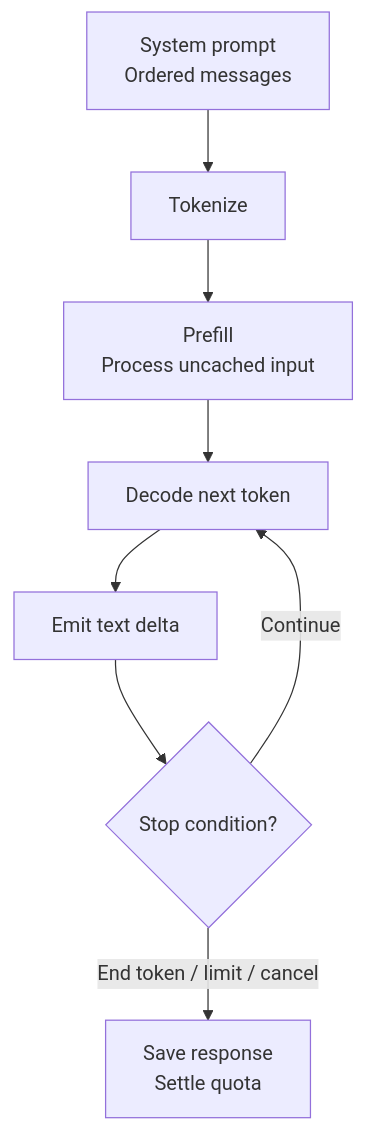
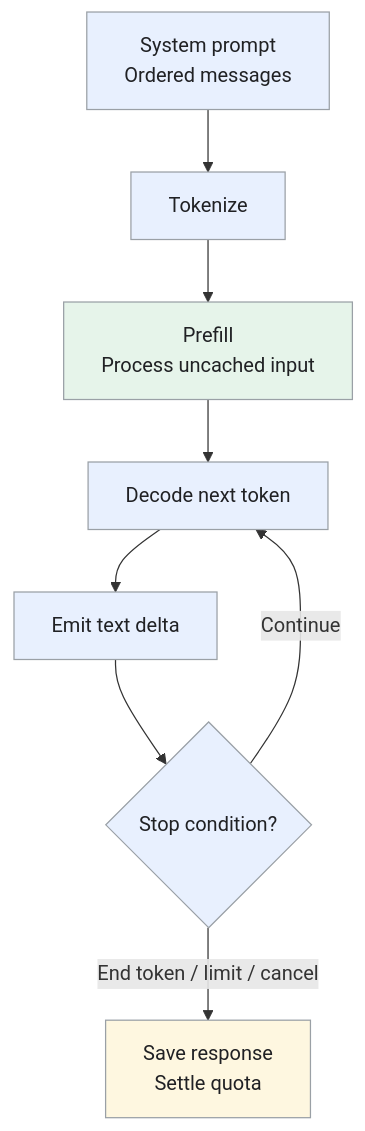
One commit to iliazlobin/iliazlobin.github.io changed the third of 4 diagrams in _designs/system-design-chatgpt.md. Above: the diagram before and after it, drawn with Mermaid. The commit also changed other lines of this file and 20 other files, not shown here.

Commit message:
Improve design flows, tradeoffs, and technology references

````diff
--- a/_designs/system-design-chatgpt.md
+++ b/_designs/system-design-chatgpt.md
@@ -195,10 +233,16 @@
 ```mermaid
 flowchart TB
     A["System prompt<br>Ordered messages"] --> B["Tokenize"]
     B --> C["Prefill<br>Process uncached input"]
     C --> D["Decode next token"]
     D --> E["Emit text delta"]
     E --> F{"Stop condition?"}
     F -->|"Continue"| D
     F -->|"End token / limit / cancel"| G["Save response<br>Settle quota"]
+  classDef request fill:#e8f0fe,stroke:#9aa0a6,color:#202124,stroke-width:1px
+  classDef background fill:#e6f4ea,stroke:#9aa0a6,color:#202124,stroke-width:1px
+  classDef control fill:#fef7e0,stroke:#9aa0a6,color:#202124,stroke-width:1px
+  class A,B,D,E,F request
+  class C background
+  class G control
 ```
````
